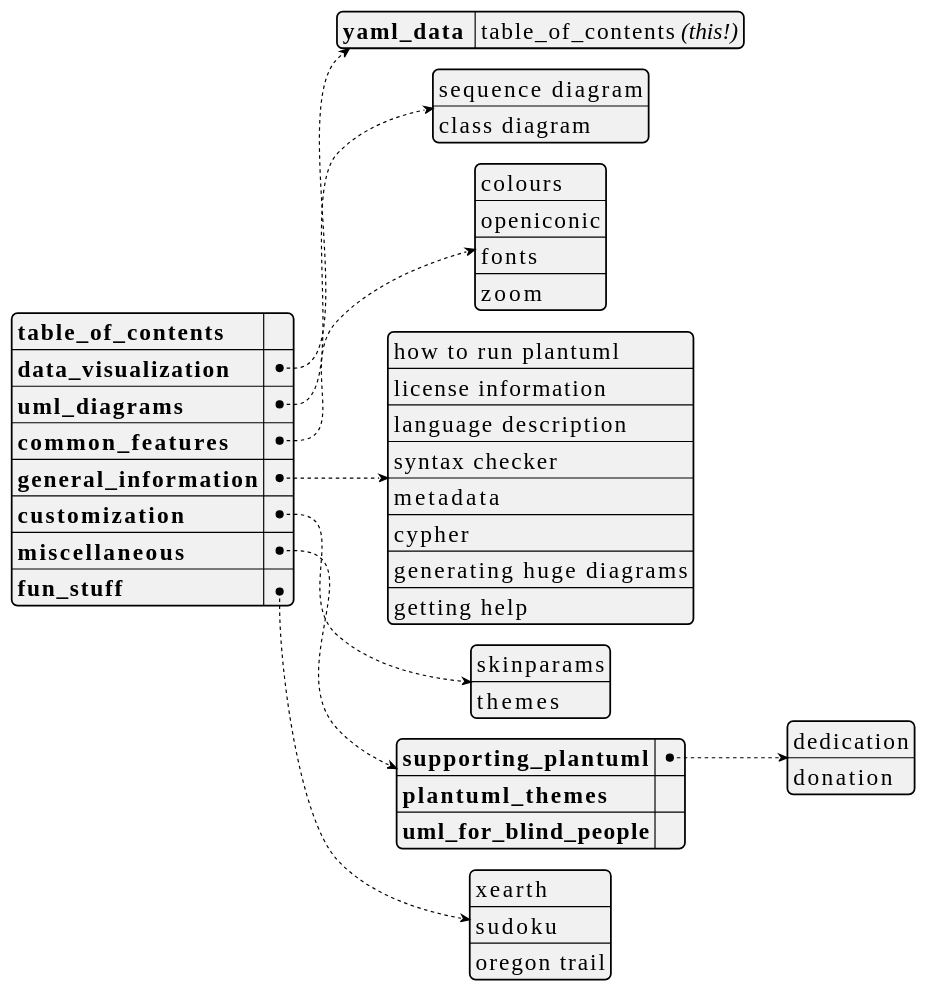
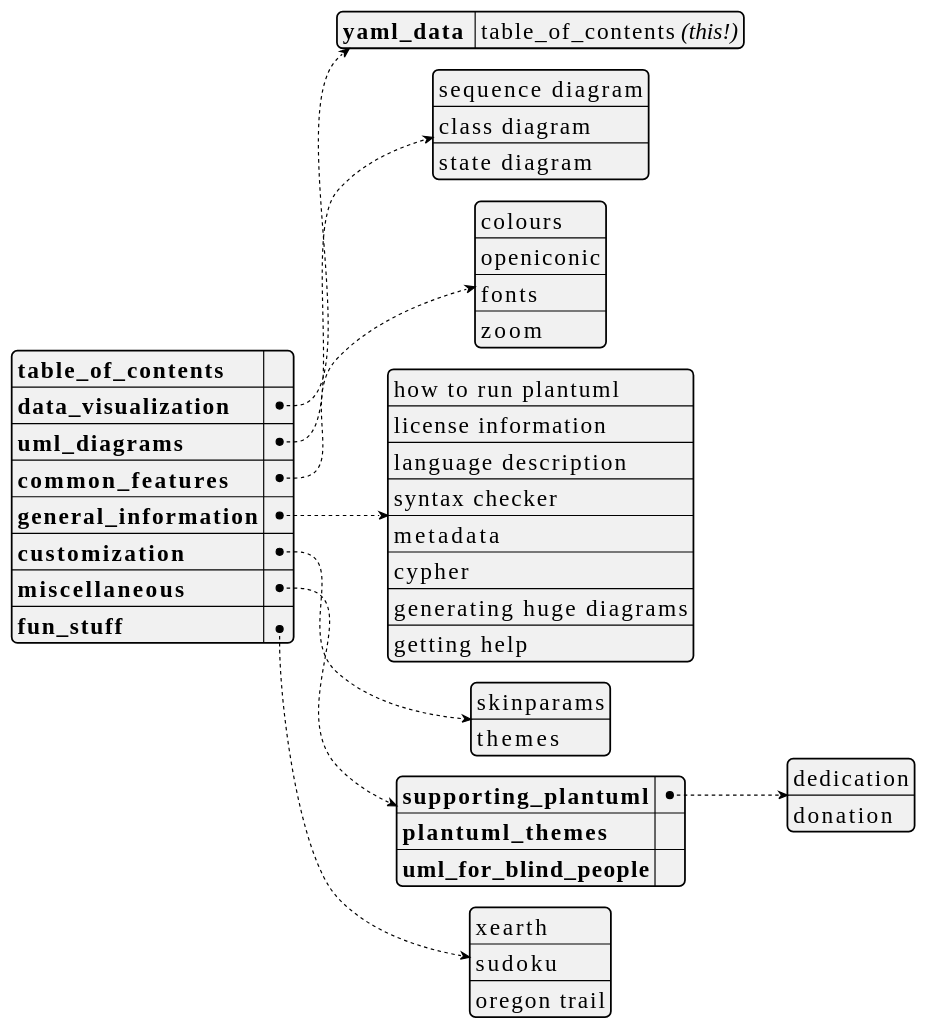
One commit to dragondive/heavens-arena changed the first of 26 diagrams in plantuml_demo.md. Above: the diagram before and after it, drawn with PlantUML. The commit also changed other lines of this file, not shown here.

Commit message:
added demo: state diagram

````diff
--- a/plantuml_demo.md
+++ b/plantuml_demo.md
@@ -26,56 +26,57 @@
 ```plantuml
 @startyaml
 <style>
 yamlDiagram {
     node {
         ' use a constant width font because that's what developers do.
         FontName Consolas
         FontSize 20
     }
 }
 </style>
 
 /'TODO:
 It would be cool to hyperlink the entries in the table_of_contents to the
 respective section in the document. Not only would it further accentuate the
 [Medium Awareness](https://tvtropes.org/pmwiki/pmwiki.php/Main/MediumAwareness)
 of this yaml document, but also augment the
 [Anachronic Order](https://tvtropes.org/pmwiki/pmwiki.php/Main/AnachronicOrder)
 of the outer markdown document.
 '/
 
 **table_of_contents**: ""  /' workaround: empty string here to avoid dummy link '/
 data_visualization:
     yaml_data : table_of_contents //(this!)//
 uml_diagrams:
     - sequence diagram
     - class diagram
+    - state diagram
 common_features:
     - colours
     - openiconic
     - fonts
     - zoom
 general_information:
     - how to run plantuml
     - license information
     - language description
     - syntax checker
     - metadata
     - cypher
     - generating huge diagrams
     - getting help
 customization:
     - skinparams
     - themes
 miscellaneous:
     supporting_plantuml:
         - dedication
         - donation
     plantuml_themes: ""
     uml_for_blind_people: ""
 fun_stuff:
     - xearth
     - sudoku
     - oregon trail
 @endyaml
 ```
````
